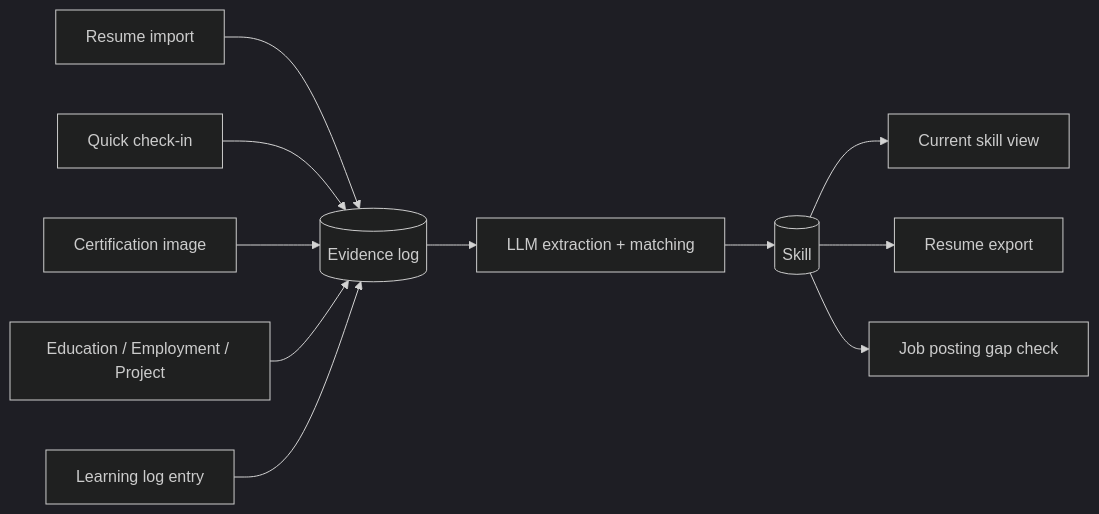
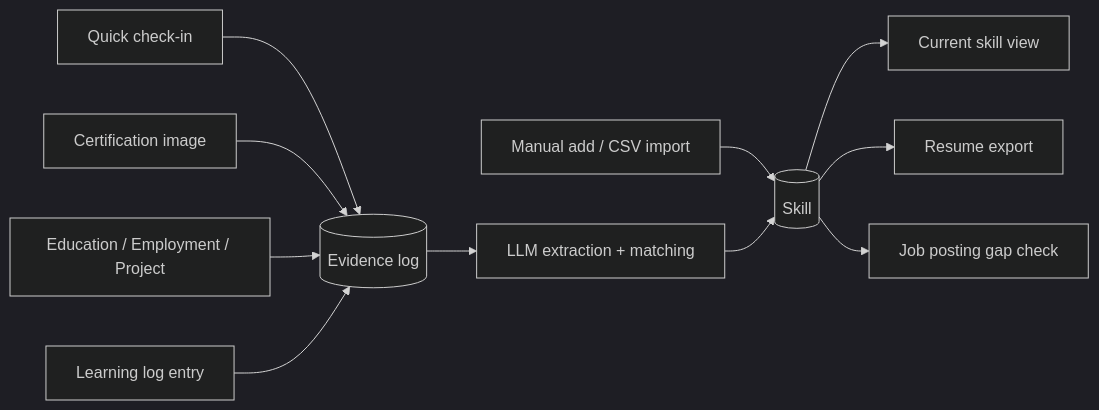
One commit to tkm112345/skillgrowth changed the diagram in README.md. Above: the diagram before and after it, drawn with Mermaid (dark theme). The commit also changed other lines of this file and 16 other files, not shown here.

````diff
--- a/README.md
+++ b/README.md
@@ -13,13 +14,13 @@
 ```mermaid
 flowchart LR
-  U1[Resume import] --> E[(Evidence log)]
-  U2[Quick check-in] --> E
-  U3[Certification image] --> E
-  U4[Education / Employment / Project] --> E
-  U5[Learning log entry] --> E
+  U1[Quick check-in] --> E[(Evidence log)]
+  U2[Certification image] --> E
+  U3[Education / Employment / Project] --> E
+  U4[Learning log entry] --> E
+  U5[Manual add / CSV import] --> S[(Skill)]
   E --> L[LLM extraction + matching]
-  L --> S[(Skill)]
+  L --> S
   S --> V[Current skill view]
   S --> X[Resume export]
   S --> G[Job posting gap check]
 ```
````
